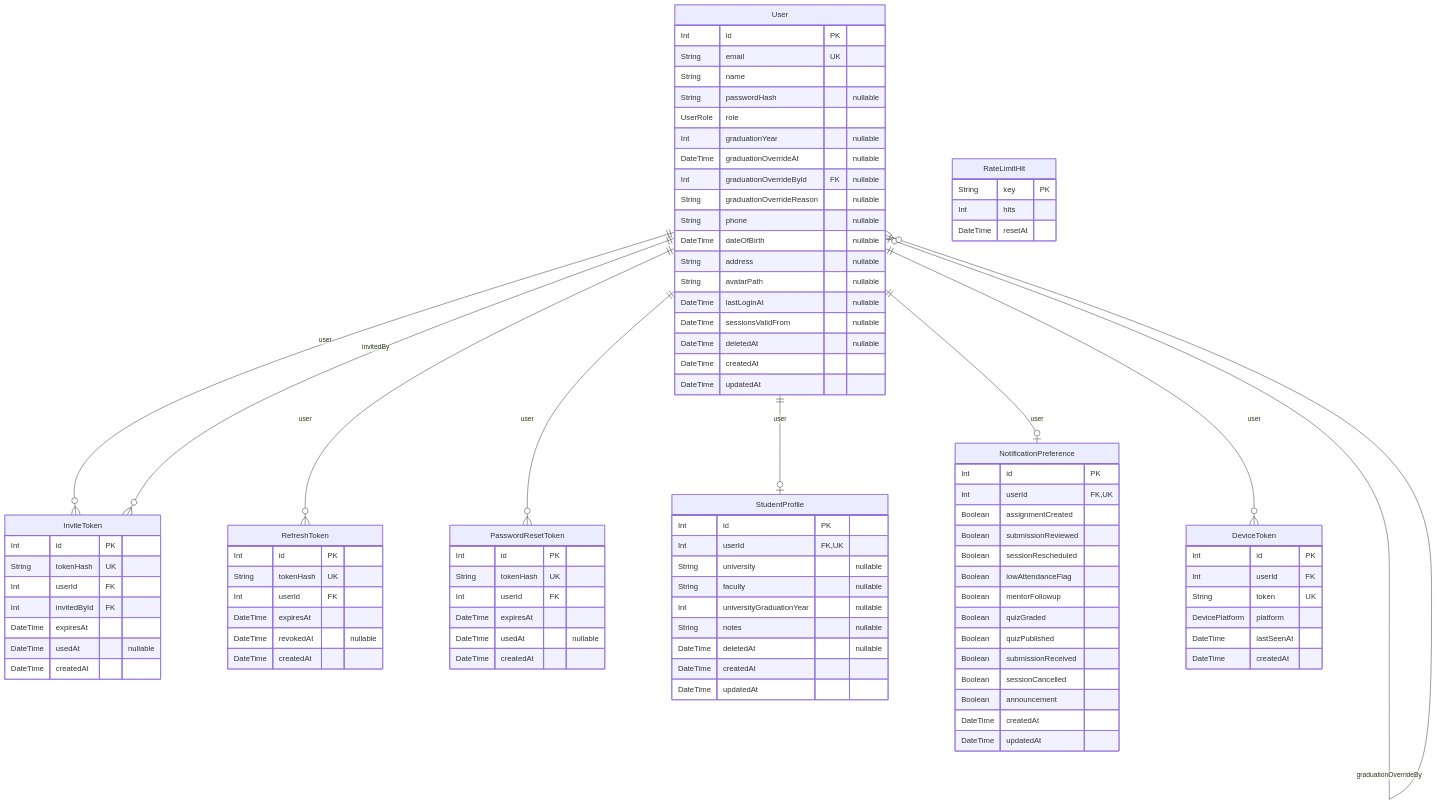
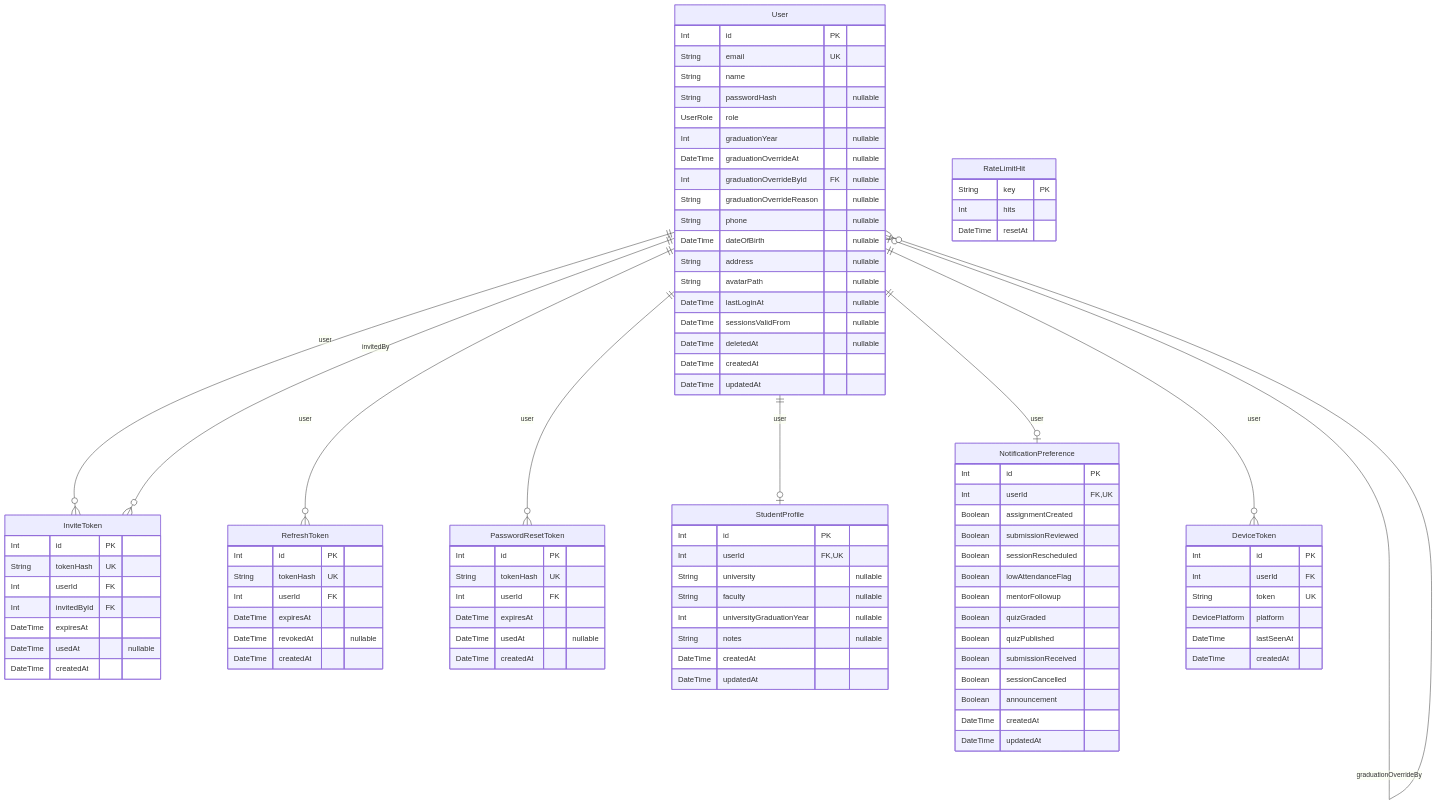
One commit to MarkBotros0/space-v2 changed the first of 7 diagrams in docs/database/erd.md. Above: the diagram before and after it, drawn with Mermaid. The commit also changed 16 other files, not shown here.

```diff
--- a/docs/database/erd.md
+++ b/docs/database/erd.md
@@ -71,7 +71,6 @@
     String faculty "nullable"
     Int universityGraduationYear "nullable"
     String notes "nullable"
-    DateTime deletedAt "nullable"
     DateTime createdAt
     DateTime updatedAt
   }
```
